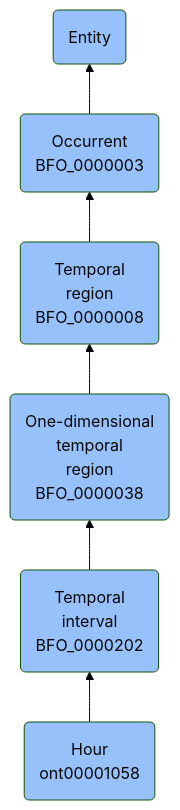
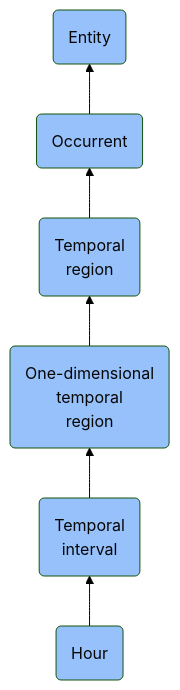
The diagram in docs/ontology/reference/model/Entity/Occurrent/Temporal region/One-dimensional temporal region/Temporal interval/Hour/Hour.md (jupyter-naas/abi), drawn with Mermaid (forest theme) before and after one commit. The commit also changed other lines of this file and 1430 other files, not shown here.

````diff
--- a/docs/ontology/reference/model/Entity/Occurrent/Temporal region/One-dimensional temporal region/Temporal interval/Hour/Hour.md
+++ b/docs/ontology/reference/model/Entity/Occurrent/Temporal region/One-dimensional temporal region/Temporal interval/Hour/Hour.md
@@ -24,13 +24,13 @@
 ```mermaid
 graph BT
-    ont00001058(Hour<br>ont00001058):::BFO-->BFO_0000202
-    BFO_0000202(Temporal<br>interval<br>BFO_0000202):::BFO-->BFO_0000038
-    BFO_0000038(One-dimensional<br>temporal<br>region<br>BFO_0000038):::BFO-->BFO_0000008
-    BFO_0000008(Temporal<br>region<br>BFO_0000008):::BFO-->BFO_0000003
-    BFO_0000003(Occurrent<br>BFO_0000003):::BFO-->BFO_0000001
+    ont00001058(Hour):::BFO-->BFO_0000202
+    BFO_0000202(Temporal<br>interval):::BFO-->BFO_0000038
+    BFO_0000038(One-dimensional<br>temporal<br>region):::BFO-->BFO_0000008
+    BFO_0000008(Temporal<br>region):::BFO-->BFO_0000003
+    BFO_0000003(Occurrent):::BFO-->BFO_0000001
     BFO_0000001(Entity):::BFO
     
     classDef BFO fill:#97c1fb,color:#060606
     classDef CCO fill:#e4c51e,color:#060606
     classDef ABI fill:#48DD82,color:#060606
 ```
````
